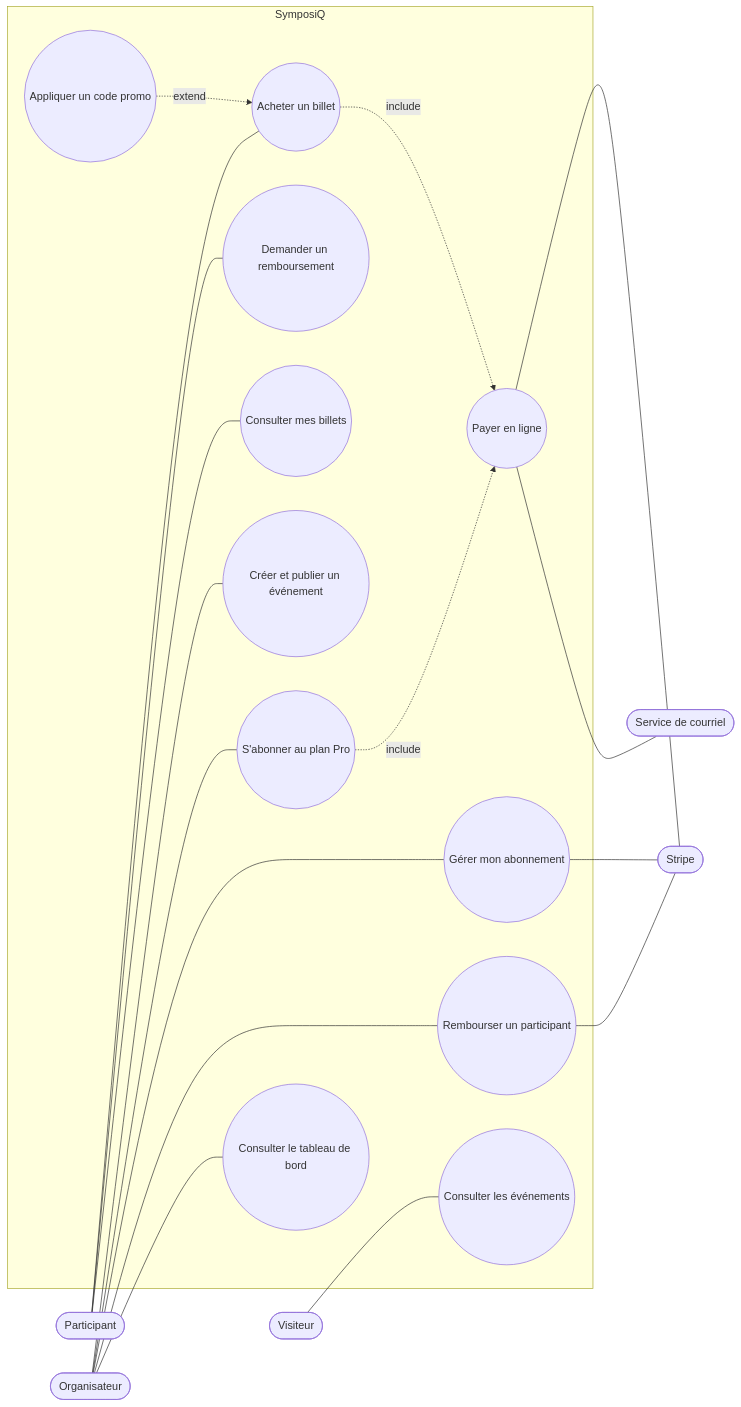
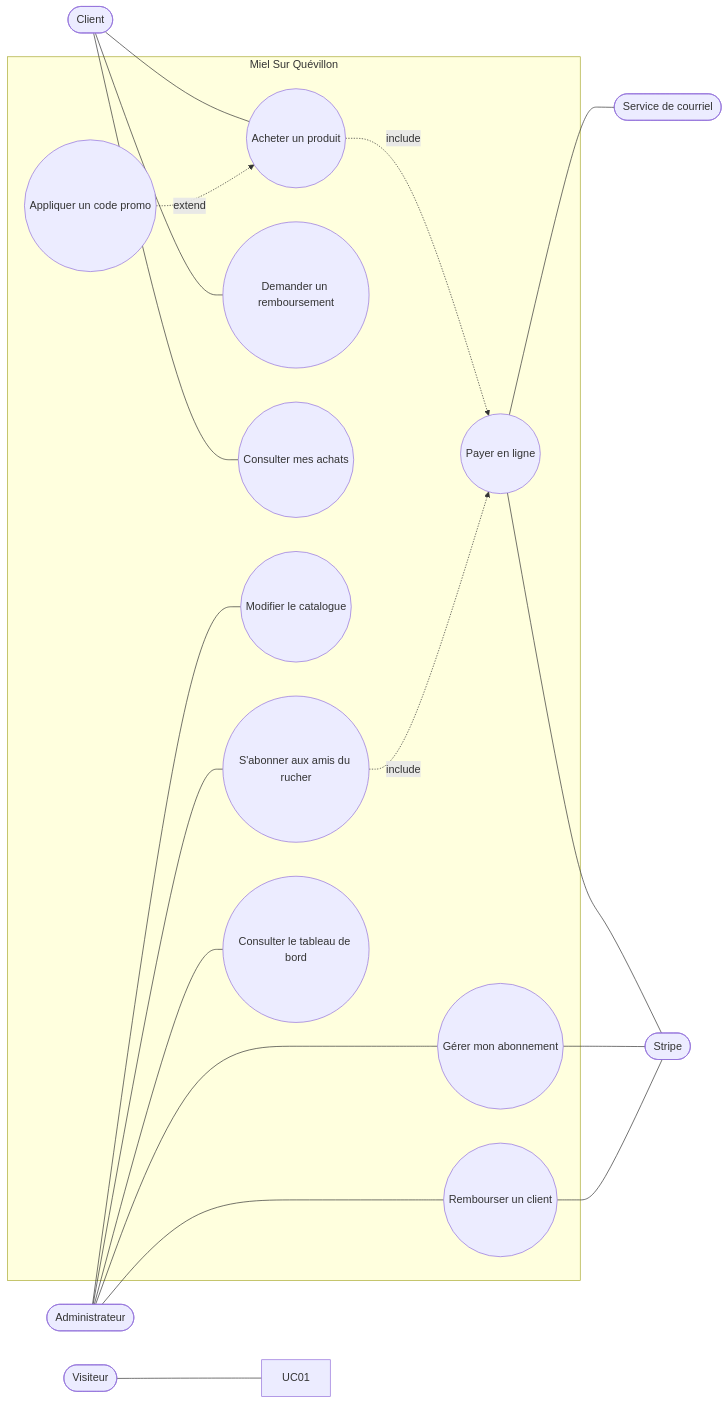
Before and after one commit to Grindy/LeMiel-sur-Quevillon: the first of 3 diagrams in docs/cahier-des-charges.md, drawn with Mermaid. The commit also changed other lines of this file, not shown here.

Commit message:
Update use cases and actors in documentation

````diff
--- a/docs/cahier-des-charges.md
+++ b/docs/cahier-des-charges.md
@@ -258,37 +258,37 @@
 ```mermaid
 flowchart LR
   Visiteur([Visiteur])
-  Participant([Participant])
-  Organisateur([Organisateur])
+  Client([Client])
+  Administrateur([Administrateur])
   Stripe([Stripe])
   Courriel([Service de courriel])
-  subgraph SymposiQ
-    UC01((Consulter les événements))
-    UC02((Acheter un billet))
+  subgraph Miel Sur Quévillon
+    
+    UC02((Acheter un produit))
     UC03((Demander un remboursement))
-    UC04((Consulter mes billets))
-    UC06((Créer et publier un événement))
-    UC07((S'abonner au plan Pro))
+    UC04((Consulter mes achats))
+    UC06((Modifier le catalogue))
+    UC07((S'abonner aux amis du rucher))
     UC08((Gérer mon abonnement))
     UC09((Payer en ligne))
-    UC10((Rembourser un participant))
+    UC10((Rembourser un client))
     UC11((Appliquer un code promo))
     UC12((Consulter le tableau de bord))
   end
   Visiteur --- UC01
-  Participant --- UC02
-  Participant --- UC03
-  Participant --- UC04
-  Organisateur --- UC06
-  Organisateur --- UC07
-  Organisateur --- UC08
-  Organisateur --- UC10
-  Organisateur --- UC12
+  Client --- UC02
+  Client --- UC03
+  Client --- UC04
+  Administrateur --- UC06
+  Administrateur --- UC07
+  Administrateur --- UC08
+  Administrateur --- UC10
+  Administrateur --- UC12
   UC02 -. include .-> UC09
   UC07 -. include .-> UC09
   UC11 -. extend .-> UC02
   UC09 --- Stripe
   UC09 --- Courriel
   UC08 --- Stripe
   UC10 --- Stripe
 ```
````
